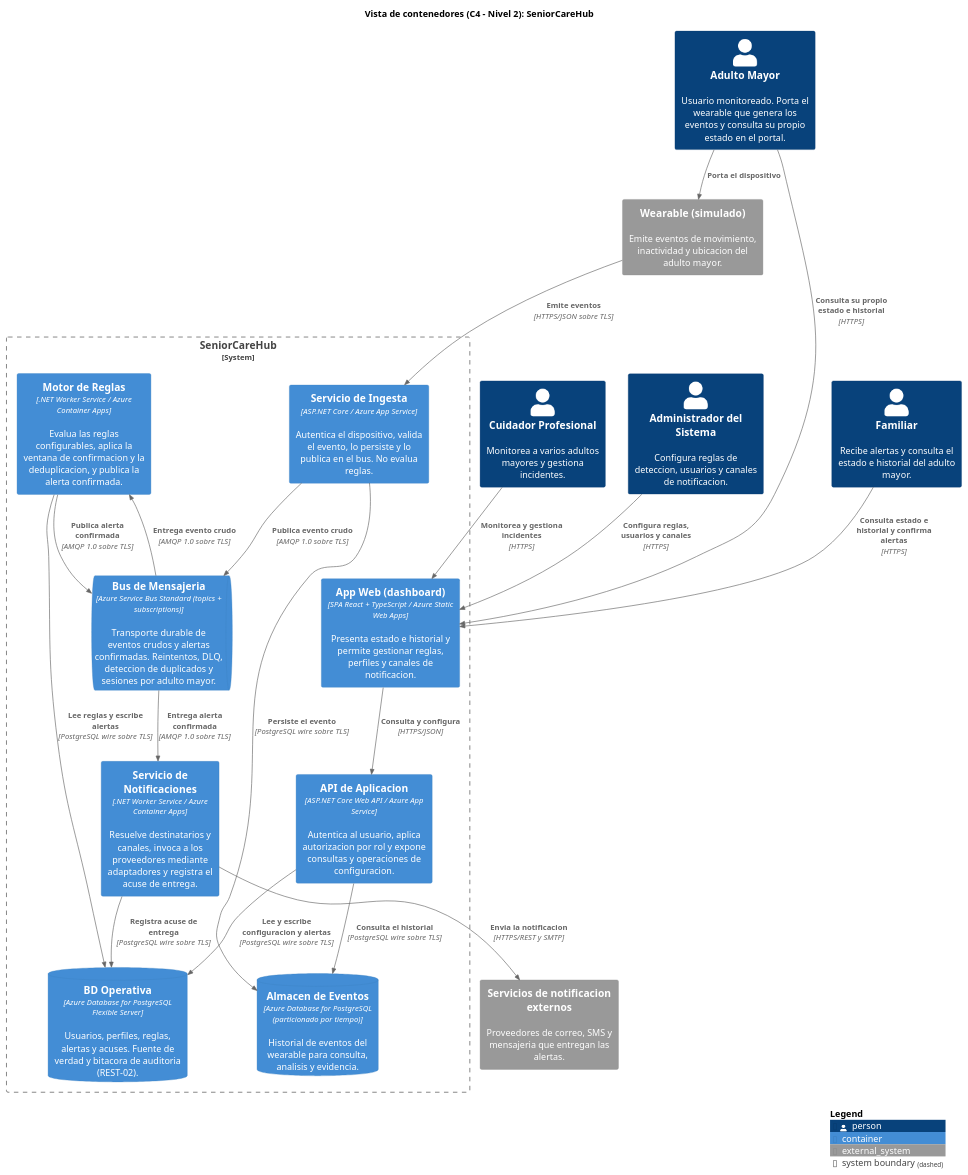
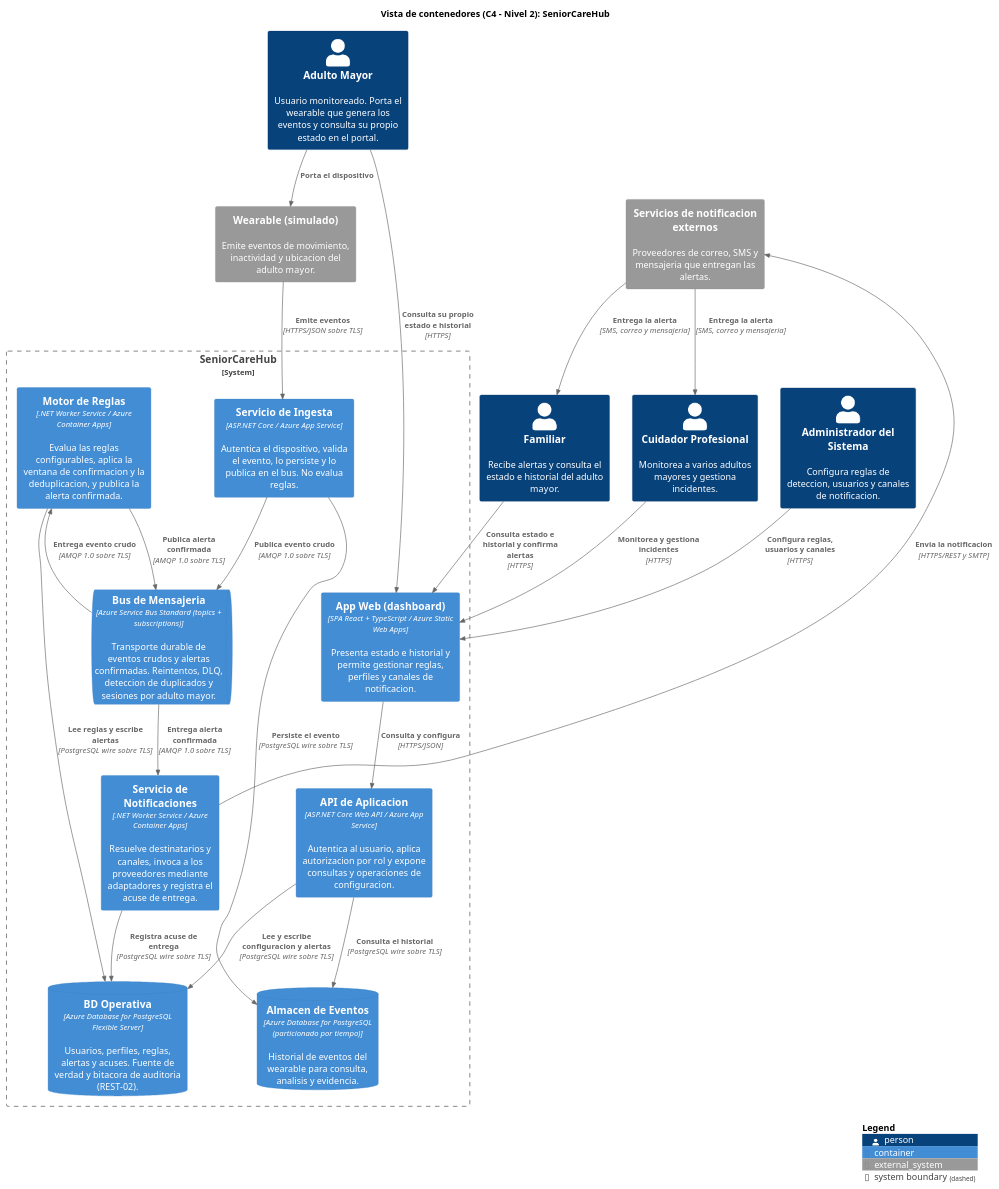
The diagram in diagramas/c4-contenedores.puml (pswe04-seniorcarehub/pswe04-senior-care-hub-c2-2026), drawn with PlantUML before and after one commit. The commit also changed 1 other file, not shown here.

Commit message:
docs: agregar entrega de alerta a familiar y cuidador, y precisar trazabilidad de mensajería
- Corrección 1: mermaid en §7.2 — agregar relaciones NO→FA y NO→CU
- Corrección 2: tabla 7.2.2 y párrafo 7.2.3 — reflejar entrega de alerta y actualizar actores
- Corrección 3: §8.5 — precisar que ADR-001 documenta el estilo, y la tecnología es subordinada

```diff
--- a/diagramas/c4-contenedores.puml
+++ b/diagramas/c4-contenedores.puml
@@ -1,57 +1,59 @@
 @startuml c4-contenedores-seniorcarehub
 ' =====================================================================
 ' SeniorCareHub - Vista de contenedores (C4 - Nivel 2)
 ' PSWE-04 - Avance 2 (S11)
 ' Render: PlantUML + extension C4-PlantUML (se incluye de forma remota)
 ' =====================================================================
 !include https://raw.githubusercontent.com/plantuml-stdlib/C4-PlantUML/master/C4_Container.puml
 
 title Vista de contenedores (C4 - Nivel 2): SeniorCareHub
 
 ' ---------------------- Actores ----------------------
 Person(adultoMayor, "Adulto Mayor", "Usuario monitoreado. Porta el wearable que genera los eventos y consulta su propio estado en el portal.")
 Person(familiar, "Familiar", "Recibe alertas y consulta el estado e historial del adulto mayor.")
 Person(cuidador, "Cuidador Profesional", "Monitorea a varios adultos mayores y gestiona incidentes.")
 Person(admin, "Administrador del Sistema", "Configura reglas de deteccion, usuarios y canales de notificacion.")
 
 ' ---------------------- Sistemas externos ----------------------
 System_Ext(wearable, "Wearable (simulado)", "Emite eventos de movimiento, inactividad y ubicacion del adulto mayor.")
 System_Ext(notif, "Servicios de notificacion externos", "Proveedores de correo, SMS y mensajeria que entregan las alertas.")
 
 ' ---------------------- Contenedores ----------------------
 System_Boundary(sch, "SeniorCareHub") {
     Container(webapp, "App Web (dashboard)", "SPA React + TypeScript / Azure Static Web Apps", "Presenta estado e historial y permite gestionar reglas, perfiles y canales de notificacion.")
     Container(api, "API de Aplicacion", "ASP.NET Core Web API / Azure App Service", "Autentica al usuario, aplica autorizacion por rol y expone consultas y operaciones de configuracion.")
     Container(ingesta, "Servicio de Ingesta", "ASP.NET Core / Azure App Service", "Autentica el dispositivo, valida el evento, lo persiste y lo publica en el bus. No evalua reglas.")
     ContainerQueue(bus, "Bus de Mensajeria", "Azure Service Bus Standard (topics + subscriptions)", "Transporte durable de eventos crudos y alertas confirmadas. Reintentos, DLQ, deteccion de duplicados y sesiones por adulto mayor.")
     Container(reglas, "Motor de Reglas", ".NET Worker Service / Azure Container Apps", "Evalua las reglas configurables, aplica la ventana de confirmacion y la deduplicacion, y publica la alerta confirmada.")
     Container(notificaciones, "Servicio de Notificaciones", ".NET Worker Service / Azure Container Apps", "Resuelve destinatarios y canales, invoca a los proveedores mediante adaptadores y registra el acuse de entrega.")
     ContainerDb(bdop, "BD Operativa", "Azure Database for PostgreSQL Flexible Server", "Usuarios, perfiles, reglas, alertas y acuses. Fuente de verdad y bitacora de auditoria (REST-02).")
     ContainerDb(bdev, "Almacen de Eventos", "Azure Database for PostgreSQL (particionado por tiempo)", "Historial de eventos del wearable para consulta, analisis y evidencia.")
 }
 
 ' ---------------------- Relaciones ----------------------
 Rel(adultoMayor, wearable, "Porta el dispositivo")
 Rel(adultoMayor, webapp, "Consulta su propio estado e historial", "HTTPS")
 Rel(wearable, ingesta, "Emite eventos", "HTTPS/JSON sobre TLS")
 
 Rel(familiar, webapp, "Consulta estado e historial y confirma alertas", "HTTPS")
 Rel(cuidador, webapp, "Monitorea y gestiona incidentes", "HTTPS")
 Rel(admin, webapp, "Configura reglas, usuarios y canales", "HTTPS")
 
 Rel(webapp, api, "Consulta y configura", "HTTPS/JSON")
 
 Rel(ingesta, bus, "Publica evento crudo", "AMQP 1.0 sobre TLS")
 Rel(bus, reglas, "Entrega evento crudo", "AMQP 1.0 sobre TLS")
 Rel(reglas, bus, "Publica alerta confirmada", "AMQP 1.0 sobre TLS")
 Rel(bus, notificaciones, "Entrega alerta confirmada", "AMQP 1.0 sobre TLS")
 Rel(notificaciones, notif, "Envia la notificacion", "HTTPS/REST y SMTP")
+Rel(notif, familiar, "Entrega la alerta", "SMS, correo y mensajeria")
+Rel(notif, cuidador, "Entrega la alerta", "SMS, correo y mensajeria")
 
 Rel(api, bdop, "Lee y escribe configuracion y alertas", "PostgreSQL wire sobre TLS")
 Rel(reglas, bdop, "Lee reglas y escribe alertas", "PostgreSQL wire sobre TLS")
 Rel(notificaciones, bdop, "Registra acuse de entrega", "PostgreSQL wire sobre TLS")
 Rel(ingesta, bdev, "Persiste el evento", "PostgreSQL wire sobre TLS")
 Rel(api, bdev, "Consulta el historial", "PostgreSQL wire sobre TLS")
 
 SHOW_LEGEND()
 @enduml
```
